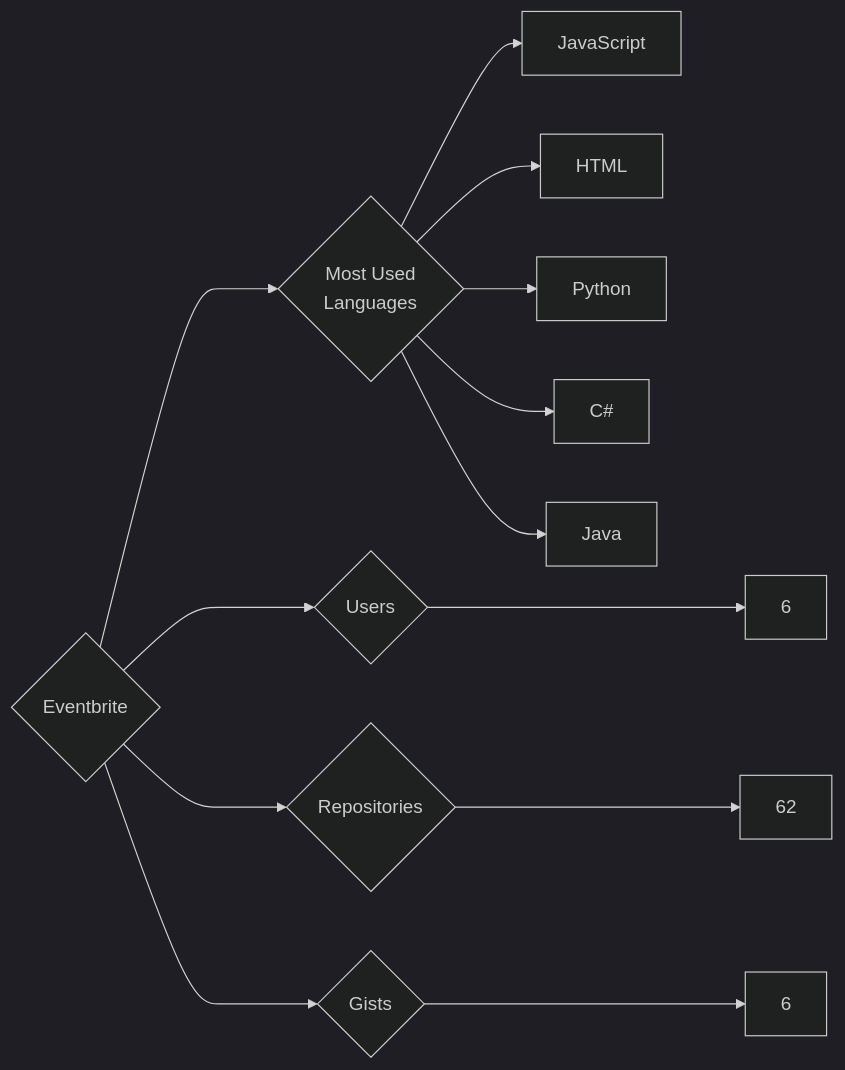
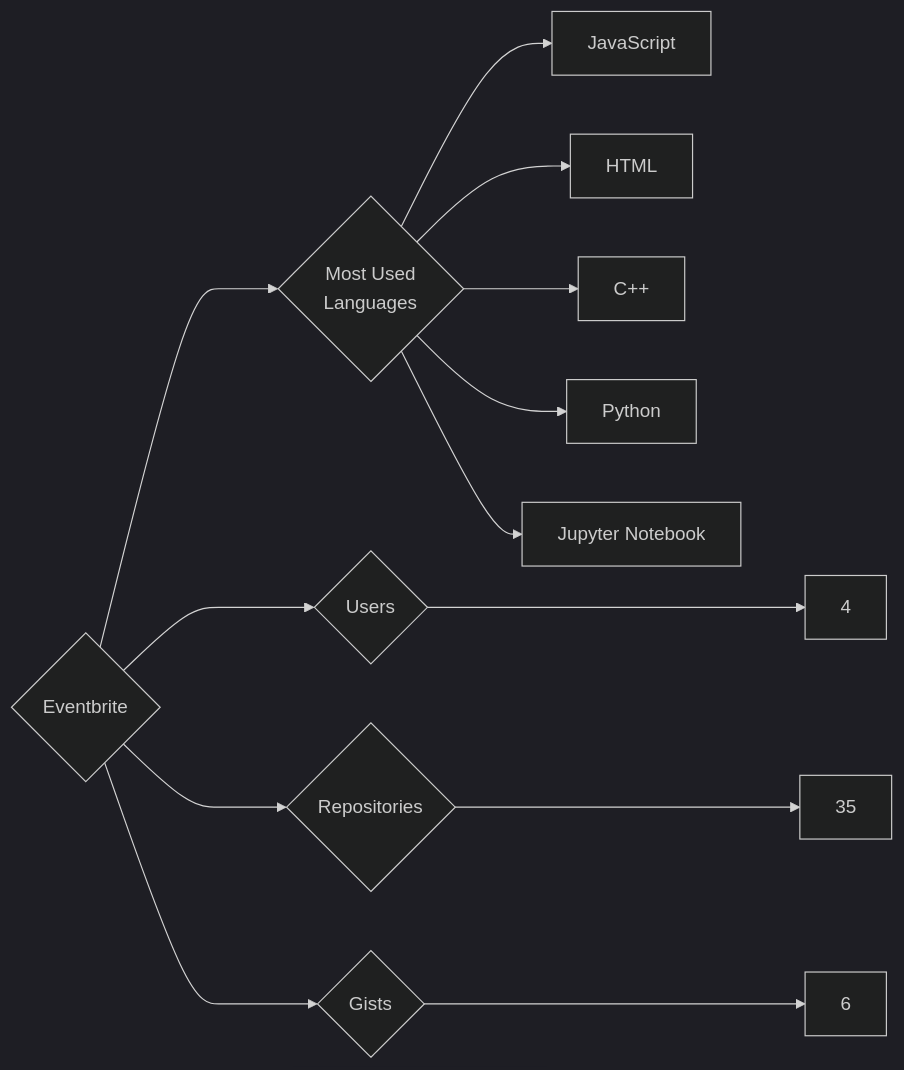
The diagram in targets/Eventbrite/README.md (trickest/insiders), drawn with Mermaid (dark theme) before and after one commit. The commit also changed 611 other files, not shown here.

````diff
--- a/targets/Eventbrite/README.md
+++ b/targets/Eventbrite/README.md
@@ -3,13 +3,13 @@
 ```mermaid
 graph LR
 COMPANY_NAME{Eventbrite}
-COMPANY_NAME ---> U{Users} ---> UN[6]
-COMPANY_NAME ---> R{Repositories} ---> RN[62]
+COMPANY_NAME ---> U{Users} ---> UN[4]
+COMPANY_NAME ---> R{Repositories} ---> RN[35]
 COMPANY_NAME ---> G{Gists} ---> GN[6]
 COMPANY_NAME ---> ML{Most Used<br>Languages}
 ML --> JavaScript[JavaScript]
 ML --> HTML[HTML]
+ML --> C++[C++]
 ML --> Python[Python]
-ML --> C#[C#]
-ML --> Java[Java]
+ML --> Jupyter_Notebook[Jupyter Notebook]
 ```
````
